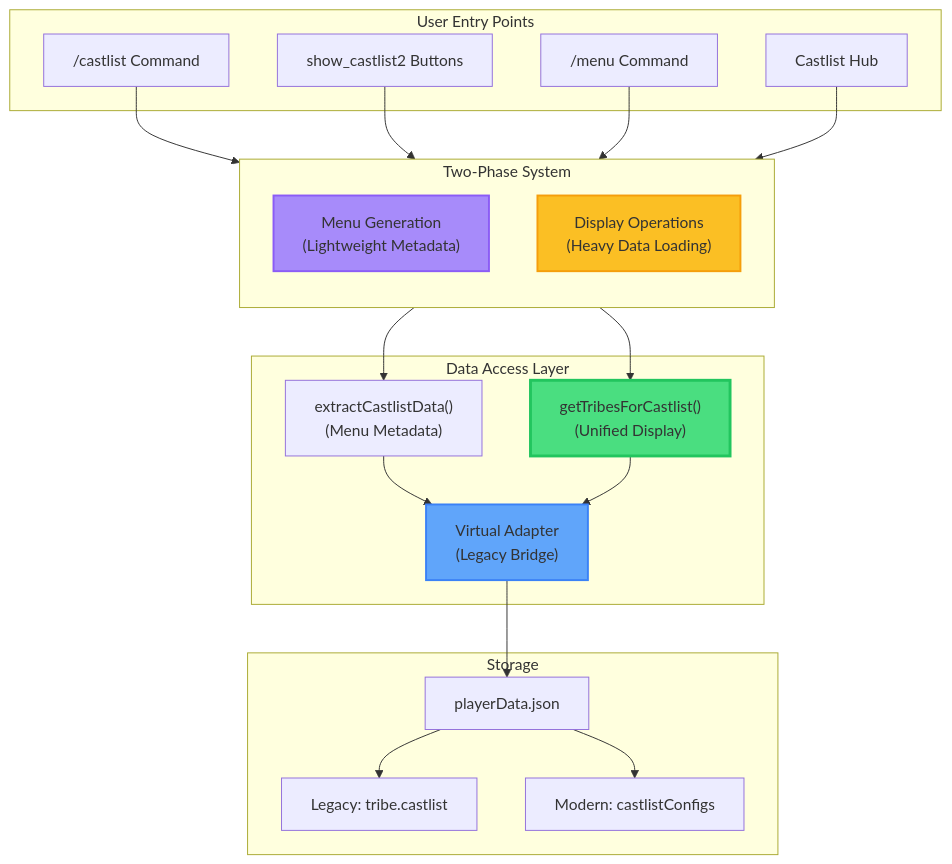
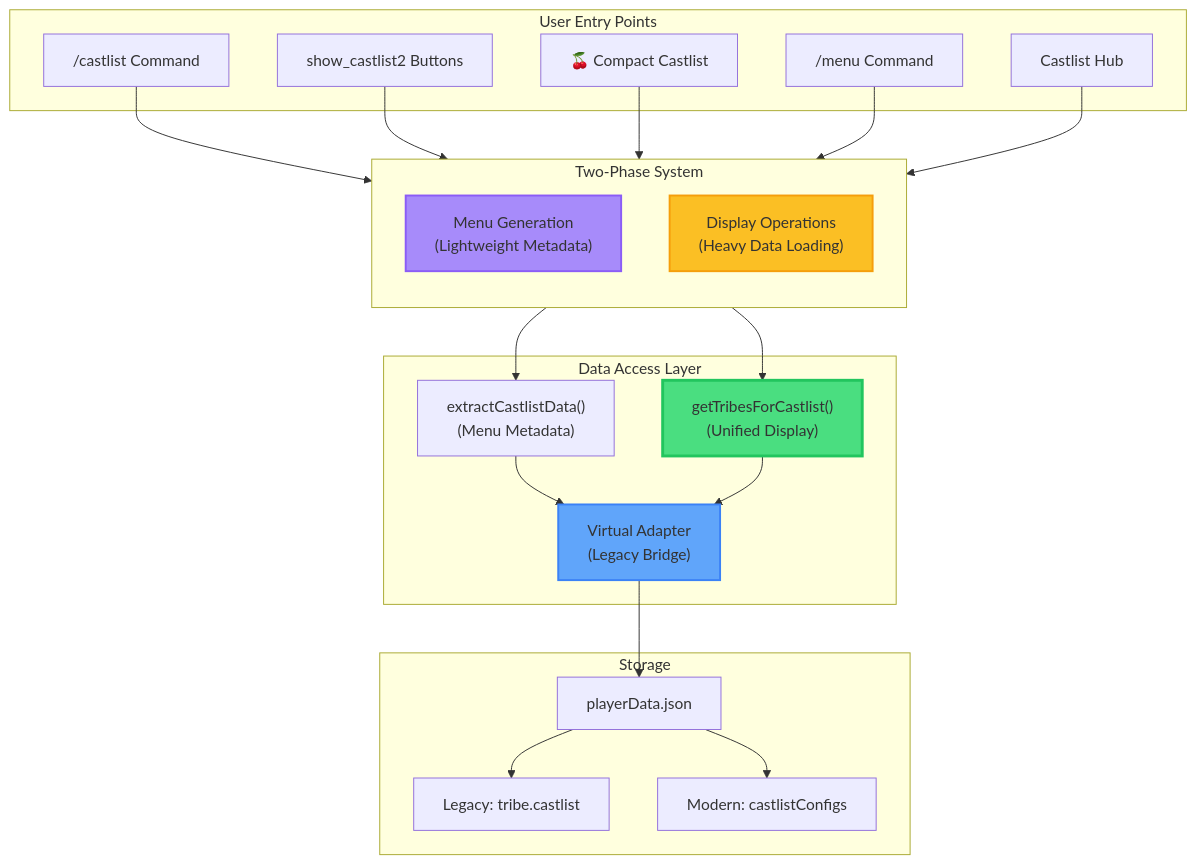
Before and after one commit to extremedonkey/castbot: the first of 8 diagrams in docs/03-features/CastlistArchitecture.md, drawn with Mermaid. The commit also changed other lines of this file and 4 other files, not shown here.

````diff
--- a/docs/03-features/CastlistArchitecture.md
+++ b/docs/03-features/CastlistArchitecture.md
@@ -20,49 +20,51 @@
 ```mermaid
 graph TB
     subgraph "User Entry Points"
         CMD["/castlist Command"]
         MENU["/menu Command"]
         HUB["Castlist Hub"]
         BTN["show_castlist2 Buttons"]
+        CMP["🍒 Compact Castlist"]
     end
 
     subgraph "Two-Phase System"
         direction TB
         MG["Menu Generation<br/>(Lightweight Metadata)"]
         DD["Display Operations<br/>(Heavy Data Loading)"]
     end
 
     subgraph "Data Access Layer"
         VA["Virtual Adapter<br/>(Legacy Bridge)"]
         GTF["getTribesForCastlist()<br/>(Unified Display)"]
         ECD["extractCastlistData()<br/>(Menu Metadata)"]
     end
 
     subgraph "Storage"
         PD["playerData.json"]
         LC["Legacy: tribe.castlist"]
         NC["Modern: castlistConfigs"]
     end
 
     %% Entry to Phase System
     CMD --> DD
     BTN --> DD
+    CMP --> DD
     MENU --> MG
     HUB --> MG
 
     %% Phase to Data Access
     MG --> ECD
     DD --> GTF
 
     %% Data Access to Storage
     ECD --> VA
     GTF --> VA
     VA --> PD
     PD --> LC
     PD --> NC
 
     style GTF fill:#4ade80,stroke:#22c55e,stroke-width:3px
     style VA fill:#60a5fa,stroke:#3b82f6,stroke-width:2px
     style DD fill:#fbbf24,stroke:#f59e0b,stroke-width:2px
     style MG fill:#a78bfa,stroke:#8b5cf6,stroke-width:2px
 ```
````
